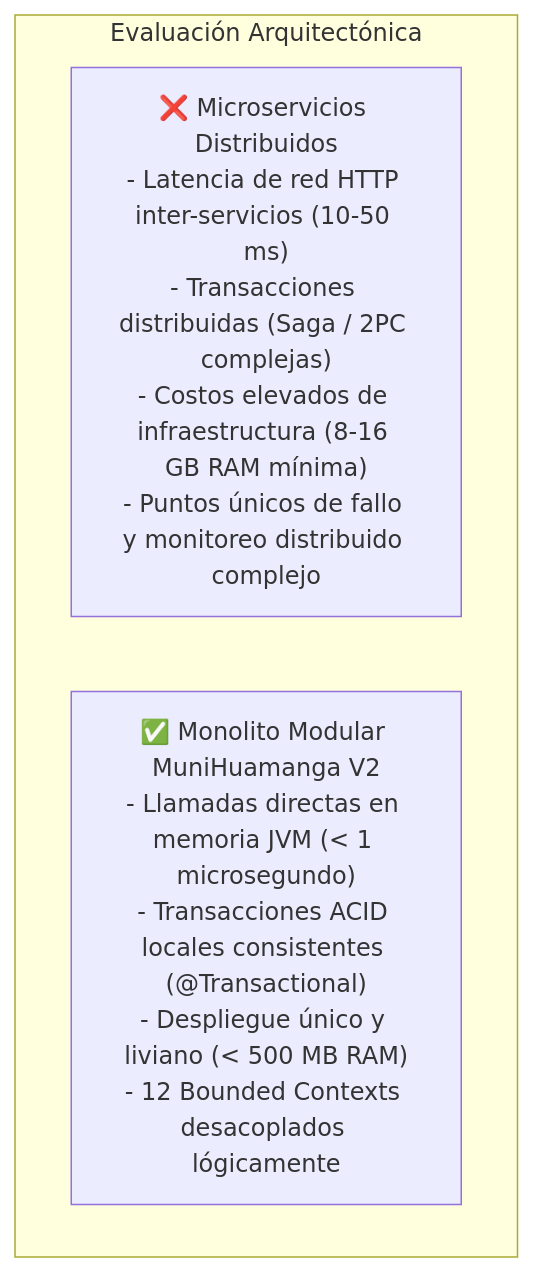
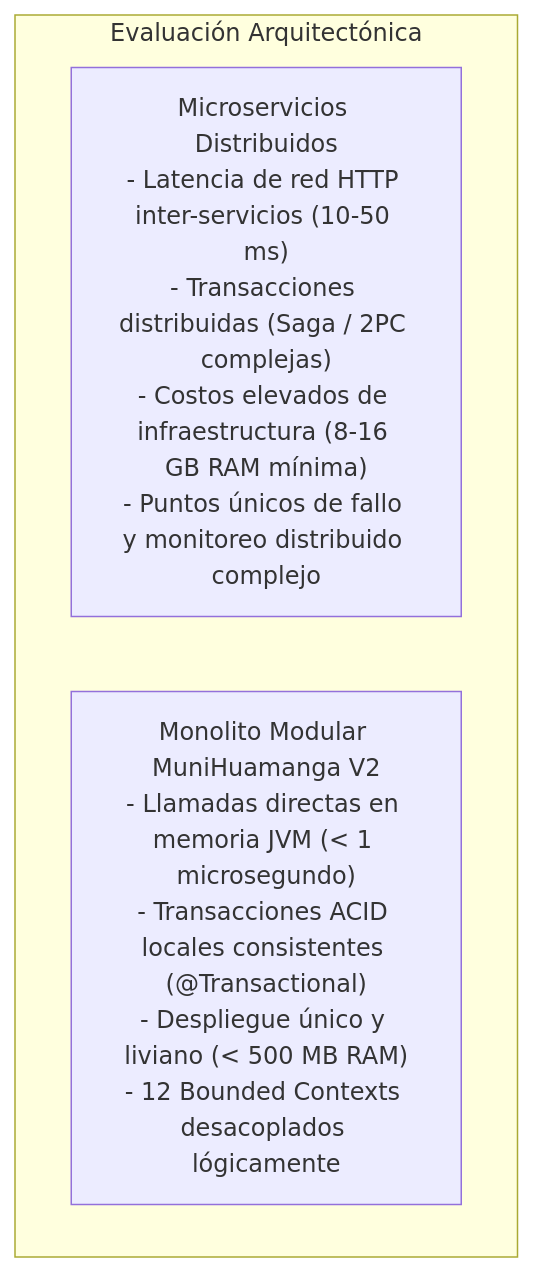
The third of 6 diagrams in DOCUMENTO_MAESTRO_AUDITORIA_PROYECTO_GENERAL.md (Issirc20/MuniHuamanga), drawn with Mermaid before and after one commit. The commit also changed other lines of this file and 916 other files, not shown here.

````diff
--- a/DOCUMENTO_MAESTRO_AUDITORIA_PROYECTO_GENERAL.md
+++ b/DOCUMENTO_MAESTRO_AUDITORIA_PROYECTO_GENERAL.md
@@ -296,7 +296,7 @@
 ```mermaid
 graph TD
     subgraph Evaluación Arquitectónica
-        MS["❌ Microservicios Distribuidos<br/>- Latencia de red HTTP inter-servicios (10-50 ms)<br/>- Transacciones distribuidas (Saga / 2PC complejas)<br/>- Costos elevados de infraestructura (8-16 GB RAM mínima)<br/>- Puntos únicos de fallo y monitoreo distribuido complejo"]
-        MM["✅ Monolito Modular MuniHuamanga V2<br/>- Llamadas directas en memoria JVM (< 1 microsegundo)<br/>- Transacciones ACID locales consistentes (@Transactional)<br/>- Despliegue único y liviano (< 500 MB RAM)<br/>- 12 Bounded Contexts desacoplados lógicamente"]
+        MS[" Microservicios Distribuidos<br/>- Latencia de red HTTP inter-servicios (10-50 ms)<br/>- Transacciones distribuidas (Saga / 2PC complejas)<br/>- Costos elevados de infraestructura (8-16 GB RAM mínima)<br/>- Puntos únicos de fallo y monitoreo distribuido complejo"]
+        MM[" Monolito Modular MuniHuamanga V2<br/>- Llamadas directas en memoria JVM (< 1 microsegundo)<br/>- Transacciones ACID locales consistentes (@Transactional)<br/>- Despliegue único y liviano (< 500 MB RAM)<br/>- 12 Bounded Contexts desacoplados lógicamente"]
     end
 ```
````
